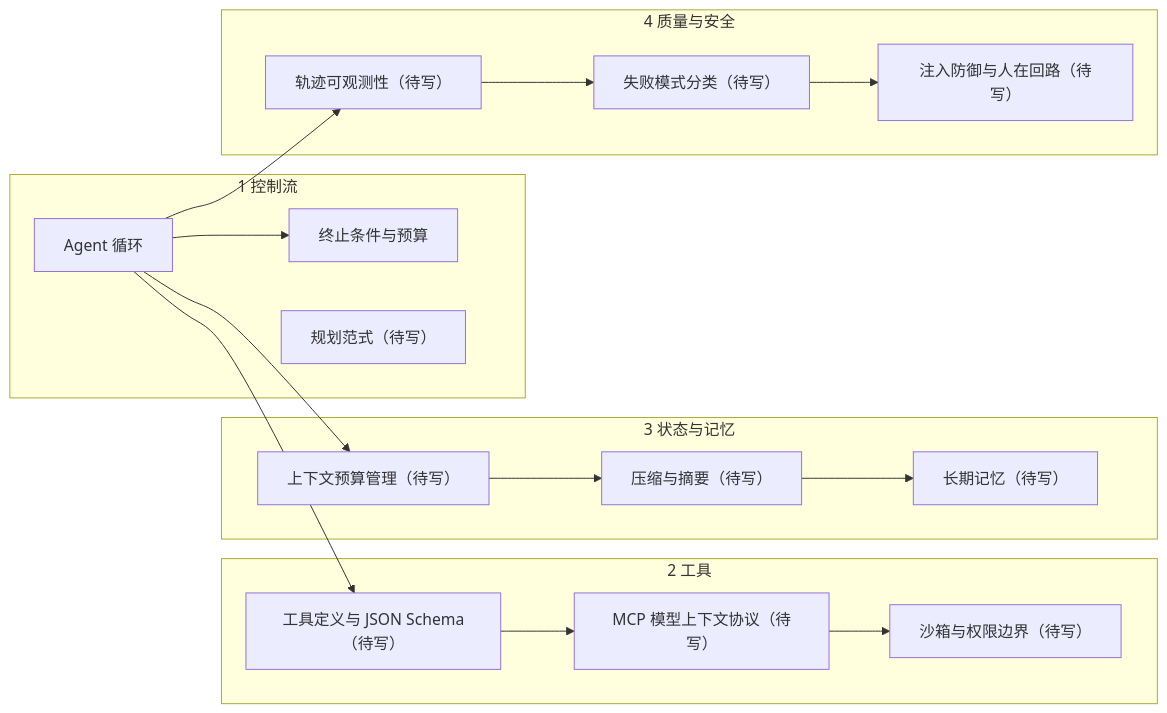
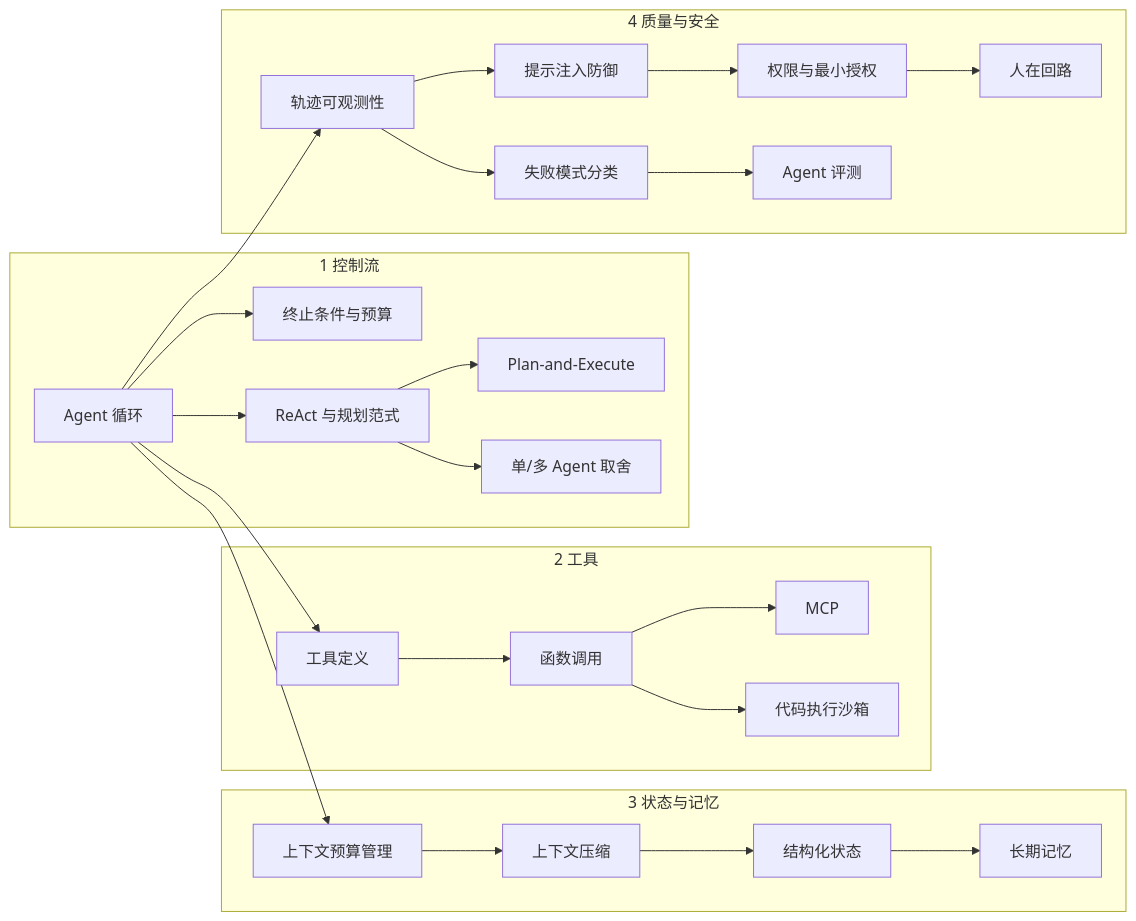
The diagram in maps/agent.md (paike309/concept-atlas), drawn with Mermaid before and after one commit. The commit also changed other lines of this file and 48 other files, not shown here.

First line of the commit message:
concepts: 补齐 34 个 P2 补充概念 + 重写三张地图（清单清空：已写 77 / 待写 0）

````diff
--- a/maps/agent.md
+++ b/maps/agent.md
@@ -9,31 +9,46 @@
 ```mermaid
 flowchart LR
     subgraph CT["1 控制流"]
         C1["Agent 循环"]
         C2["终止条件与预算"]
-        C3["规划范式（待写）"]
+        C3["ReAct 与规划范式"]
+        C4["Plan-and-Execute"]
+        C5["单/多 Agent 取舍"]
     end
 
     subgraph TL["2 工具"]
-        T1["工具定义与 JSON Schema（待写）"]
-        T2["MCP 模型上下文协议（待写）"]
-        T3["沙箱与权限边界（待写）"]
+        T1["工具定义"]
+        T2["函数调用"]
+        T3["MCP"]
+        T4["代码执行沙箱"]
     end
 
     subgraph ST["3 状态与记忆"]
-        S1["上下文预算管理（待写）"]
-        S2["压缩与摘要（待写）"]
-        S3["长期记忆（待写）"]
+        S1["上下文预算管理"]
+        S2["上下文压缩"]
+        S3["结构化状态"]
+        S4["长期记忆"]
     end
 
     subgraph QA["4 质量与安全"]
-        Q1["轨迹可观测性（待写）"]
-        Q2["失败模式分类（待写）"]
-        Q3["注入防御与人在回路（待写）"]
+        Q1["轨迹可观测性"]
+        Q2["失败模式分类"]
+        Q3["提示注入防御"]
+        Q4["权限与最小授权"]
+        Q5["人在回路"]
+        Q6["Agent 评测"]
     end
 
     C1 --> C2
+    C1 --> C3 --> C4
+    C3 --> C5
     C1 --> T1 --> T2 --> T3
-    C1 --> S1 --> S2 --> S3
-    C1 --> Q1 --> Q2 --> Q3
+    T2 --> T4
+    C1 --> S1 --> S2
+    S2 --> S3
+    S3 --> S4
+    C1 --> Q1 --> Q2
+    Q1 --> Q3 --> Q4
+    Q4 --> Q5
+    Q2 --> Q6
 ```
````
